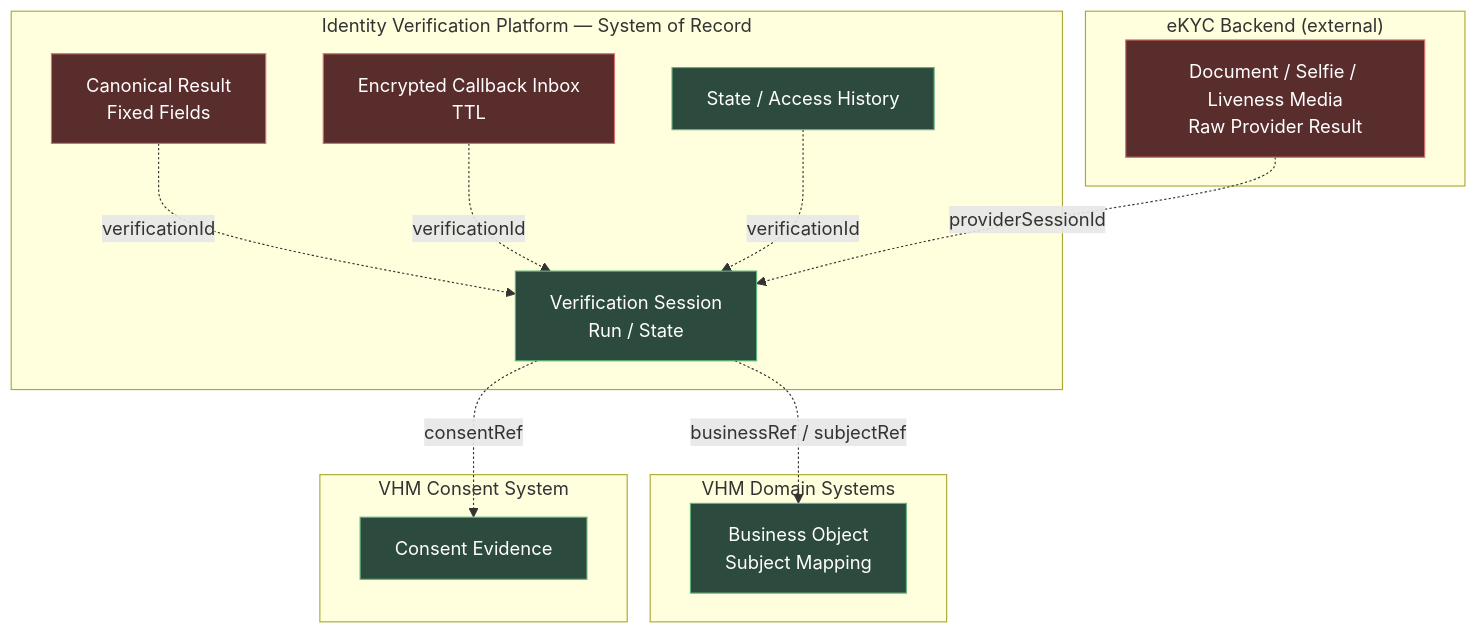
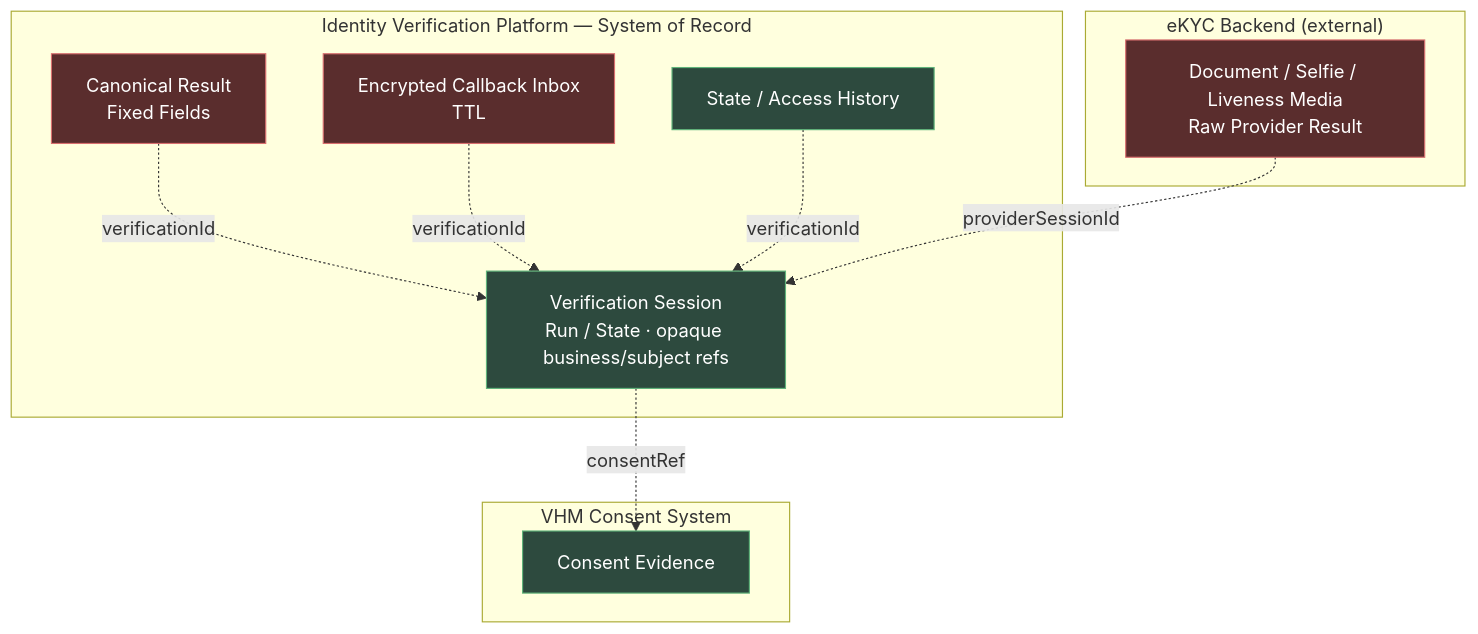
Before and after one commit to huynv-xyz/vhm: the seventh of 23 diagrams in README.md, drawn with Mermaid. The commit also changed other lines of this file, not shown here.

````diff
--- a/README.md
+++ b/README.md
@@ -858,28 +858,24 @@
 ```mermaid
 flowchart TB
-    subgraph DOMAIN["VHM Domain Systems"]
-        BUSINESS["Business Object<br/>Subject Mapping"]:::owned
-    end
     subgraph CONSENT["VHM Consent System"]
         CONSENT_DATA["Consent Evidence"]:::owned
     end
     subgraph IVP["Identity Verification Platform — System of Record"]
-        SESSION["Verification Session<br/>Run / State"]:::owned
+        SESSION["Verification Session<br/>Run / State · opaque business/subject refs"]:::owned
         RESULT["Canonical Result<br/>Fixed Fields"]:::sensitive
         INBOX["Encrypted Callback Inbox<br/>TTL"]:::sensitive
         HISTORY["State / Access History"]:::owned
     end
     subgraph PROVIDER["eKYC Backend (external)"]
         PROVIDER_DATA["Document / Selfie / Liveness Media<br/>Raw Provider Result"]:::sensitive
     end
 
-    SESSION -.->|"businessRef / subjectRef"| BUSINESS
     SESSION -.->|"consentRef"| CONSENT_DATA
     RESULT -.->|"verificationId"| SESSION
     INBOX -.->|"verificationId"| SESSION
     HISTORY -.->|"verificationId"| SESSION
     PROVIDER_DATA -.->|"providerSessionId"| SESSION
 
     classDef owned fill:#2d4a3e,stroke:#5fb37a,color:#fff;
     classDef sensitive fill:#5a2d2d,stroke:#d96f6f,color:#fff;
 ```
````
